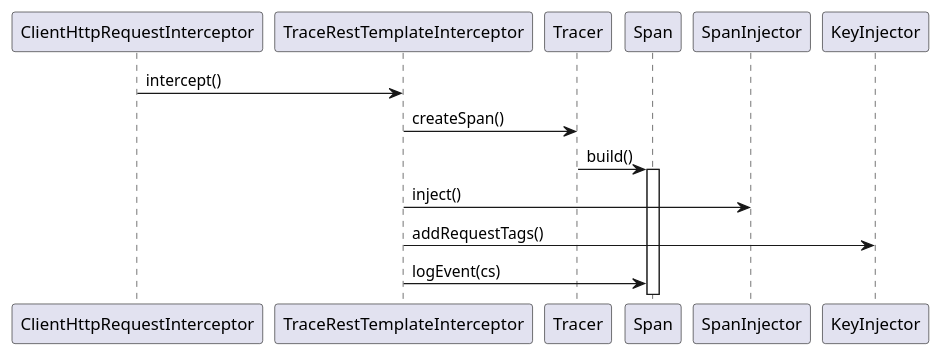
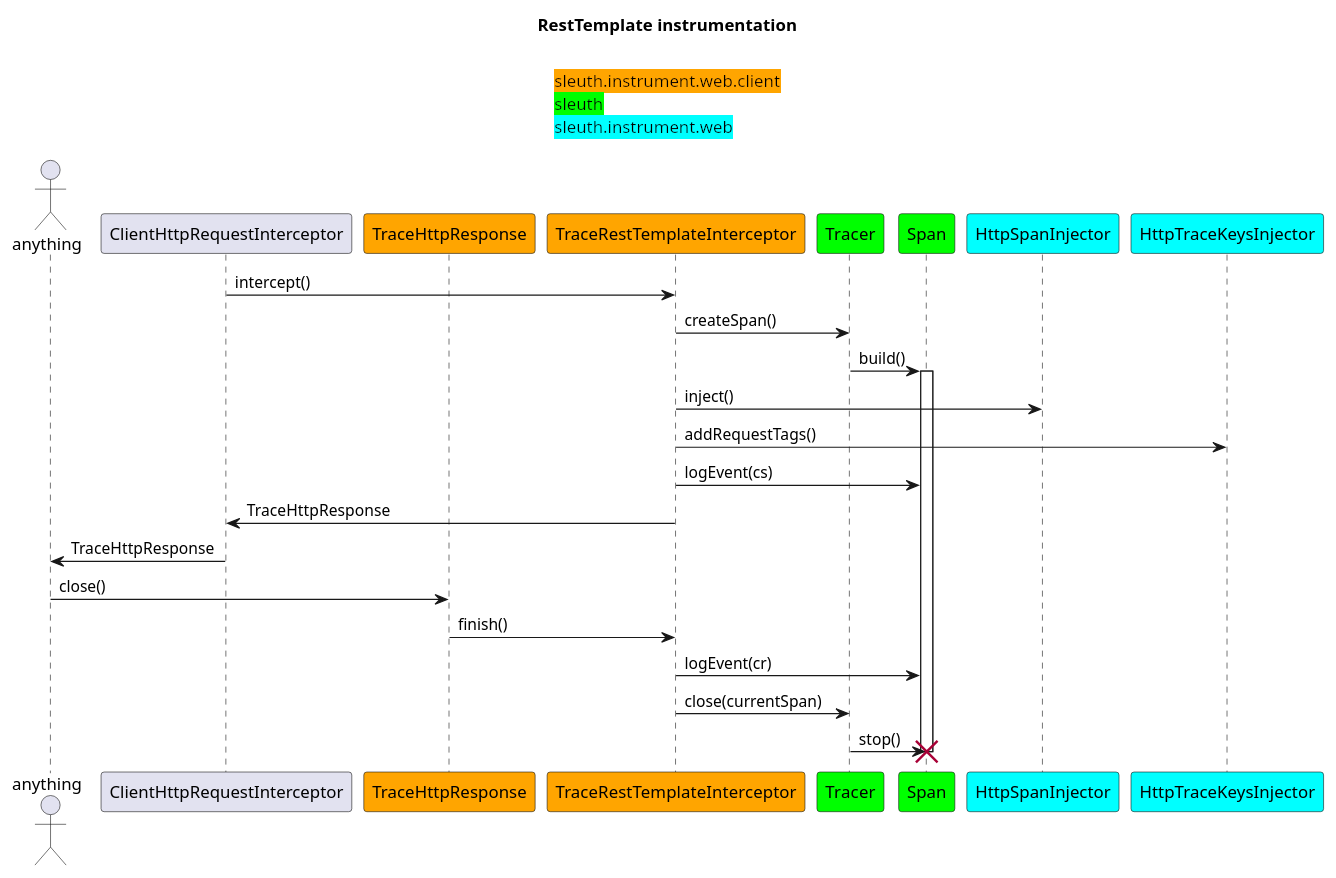
One commit to masooh/spring-cloud-sleuth changed the diagram in spring-cloud-sleuth-core/src/main/java/org/springframework/cloud/sleuth/instrument/web/trace-interceptor.puml. Above: the diagram before and after it, drawn with PlantUML. The commit also changed 5 other files, not shown here.

```diff
--- a/spring-cloud-sleuth-core/src/main/java/org/springframework/cloud/sleuth/instrument/web/trace-interceptor.puml
+++ b/spring-cloud-sleuth-core/src/main/java/org/springframework/cloud/sleuth/instrument/web/trace-interceptor.puml
@@ -1,10 +1,35 @@
 @startuml
+title RestTemplate instrumentation
+actor anything
+participant ClientHttpRequestInterceptor
+participant TraceHttpResponse #orange
+participant TraceRestTemplateInterceptor #orange
+participant Tracer #lime
+participant Span #lime
+participant HttpSpanInjector #aqua
+participant HttpTraceKeysInjector #aqua
+
 ClientHttpRequestInterceptor -> TraceRestTemplateInterceptor: intercept()
 TraceRestTemplateInterceptor -> Tracer: createSpan()
 Tracer -> Span: build()
 activate Span
-TraceRestTemplateInterceptor -> SpanInjector: inject()
-TraceRestTemplateInterceptor -> KeyInjector: addRequestTags()
+TraceRestTemplateInterceptor -> HttpSpanInjector: inject()
+TraceRestTemplateInterceptor -> HttpTraceKeysInjector: addRequestTags()
 TraceRestTemplateInterceptor -> Span: logEvent(cs)
+TraceRestTemplateInterceptor -> ClientHttpRequestInterceptor: TraceHttpResponse
+ClientHttpRequestInterceptor -> anything: TraceHttpResponse
+anything -> TraceHttpResponse: close()
+TraceHttpResponse -> TraceRestTemplateInterceptor: finish()
+TraceRestTemplateInterceptor -> Span: logEvent(cr)
+TraceRestTemplateInterceptor -> Tracer: close(currentSpan)
+Tracer -> Span: stop()
+destroy Span
 
+skinparam LegendBackgroundColor white
+skinparam LegendBorderColor white
+legend top
+<back:orange>sleuth.instrument.web.client</back>
+<back:lime>sleuth</back>
+<back:aqua>sleuth.instrument.web</back>
+endlegend
 @enduml
```
